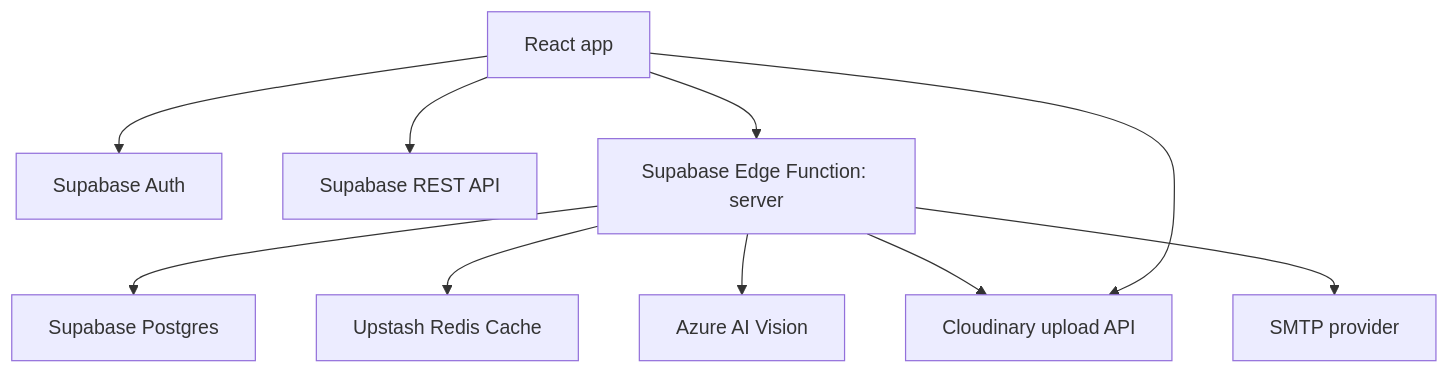
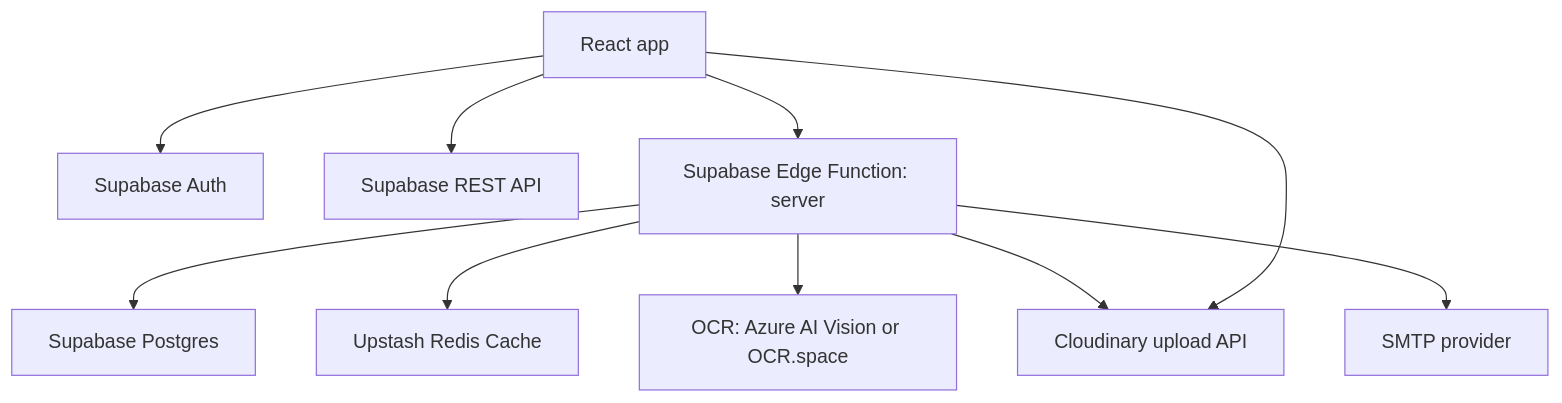
One commit to hamsoool/ClinicKa changed the diagram in README.md. Above: the diagram before and after it, drawn with Mermaid. The commit also changed other lines of this file, not shown here.

````diff
--- a/README.md
+++ b/README.md
@@ -86,12 +86,12 @@
 ```mermaid
 graph TD
   Browser[React app] --> Auth[Supabase Auth]
   Browser --> Rest[Supabase REST API]
   Browser --> Function[Supabase Edge Function: server]
   Browser --> Cloudinary[Cloudinary upload API]
   Function --> Database[Supabase Postgres]
   Function --> Redis[Upstash Redis Cache]
   Function --> Cloudinary
-  Function --> OCR[Azure AI Vision]
+  Function --> OCR[OCR: Azure AI Vision or OCR.space]
   Function --> SMTP[SMTP provider]
 ```
````
